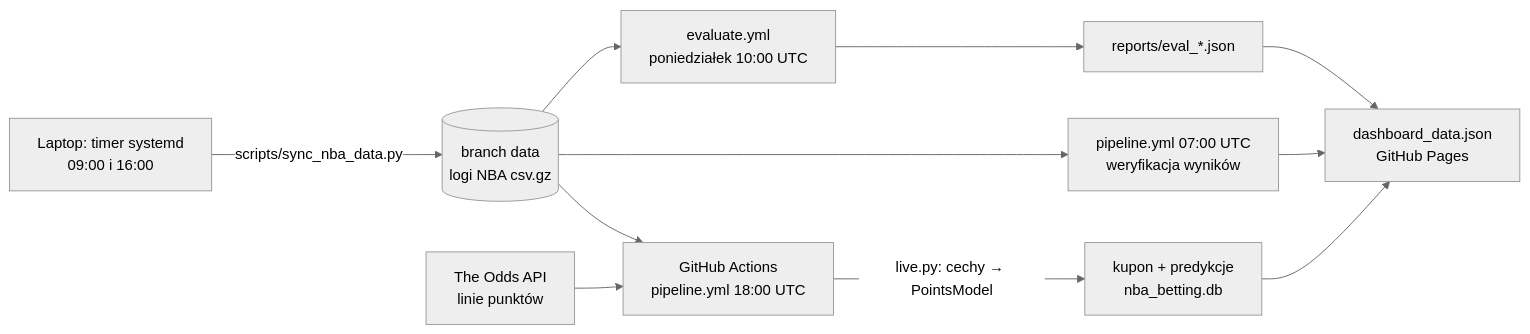
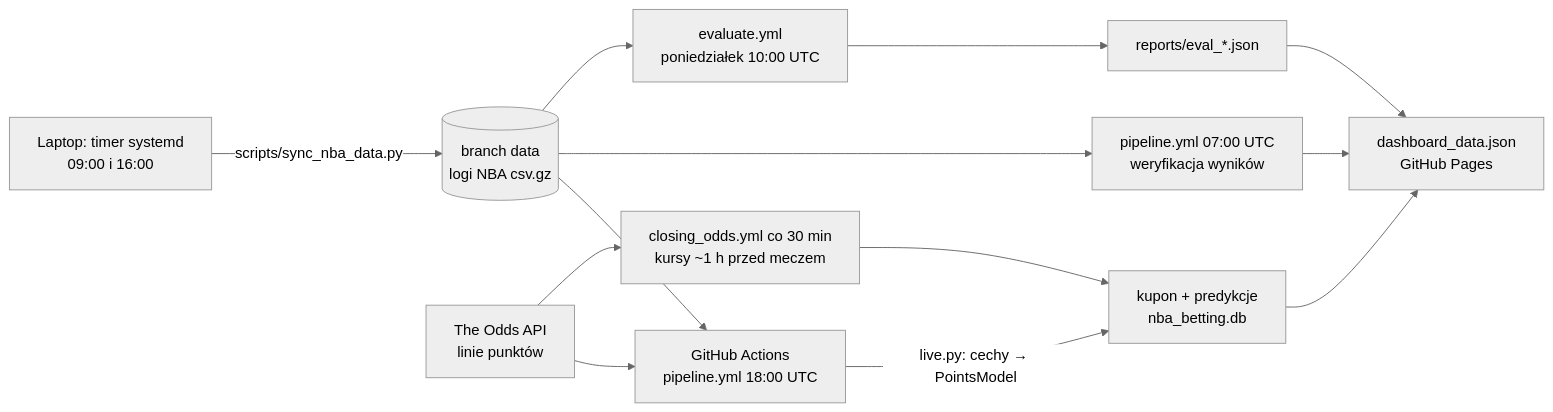
Before and after one commit to K4j745/nba_betting: the diagram in README.md, drawn with Mermaid (neutral theme). The commit also changed other lines of this file, not shown here.

Commit message:
docs: README — drugi run kursów (closing_odds.yml)

````diff
--- a/README.md
+++ b/README.md
@@ -12,12 +12,13 @@
 ```mermaid
 flowchart LR
     T[Laptop: timer systemd<br/>09:00 i 16:00] -->|scripts/sync_nba_data.py| D[(branch data<br/>logi NBA csv.gz)]
     D --> P[GitHub Actions<br/>pipeline.yml 18:00 UTC]
     O[The Odds API<br/>linie punktów] --> P
     P -->|live.py: cechy → PointsModel| C[kupon + predykcje<br/>nba_betting.db]
+    O --> K[closing_odds.yml co 30 min<br/>kursy ~1 h przed meczem] --> C
     D --> V[pipeline.yml 07:00 UTC<br/>weryfikacja wyników]
     D --> E[evaluate.yml<br/>poniedziałek 10:00 UTC]
     C --> B[dashboard_data.json<br/>GitHub Pages]
     V --> B
     E --> R[reports/eval_*.json] --> B
 ```
````
